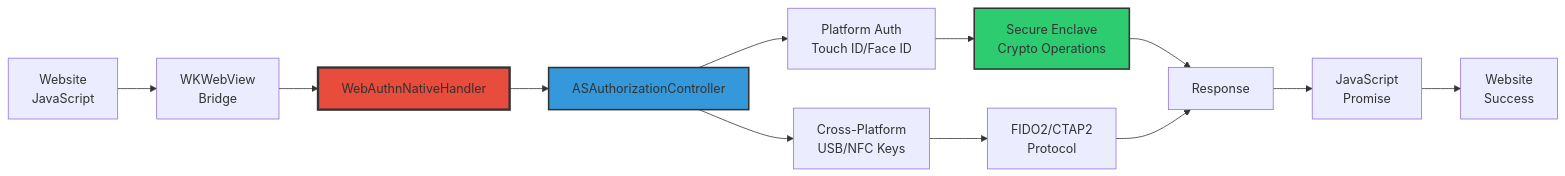
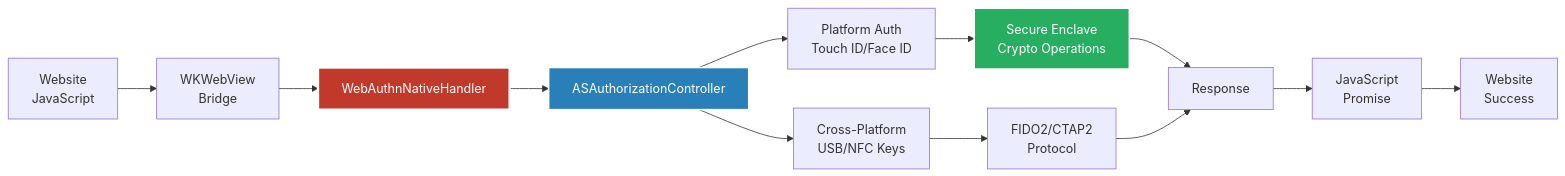
One commit to webauthnai/Web-Man changed the sixth of 7 diagrams in README.md. Above: the diagram before and after it, drawn with Mermaid. The commit also changed other lines of this file, not shown here.

````diff
--- a/README.md
+++ b/README.md
@@ -288,21 +288,21 @@
 ```mermaid
 graph LR
     A[Website<br/>JavaScript] --> B[WKWebView<br/>Bridge]
     B --> C[WebAuthnNativeHandler]
     C --> D[ASAuthorizationController]
     
     D --> E[Platform Auth<br/>Touch ID/Face ID]
     D --> F[Cross-Platform<br/>USB/NFC Keys]
     
     E --> G[Secure Enclave<br/>Crypto Operations]
     F --> H[FIDO2/CTAP2<br/>Protocol]
     
     G --> I[Response]
     H --> I
     I --> J[JavaScript<br/>Promise]
     J --> K[Website<br/>Success]
     
-    style C fill:#e74c3c,stroke:#333,stroke-width:3px
-    style D fill:#3498db,stroke:#333,stroke-width:2px
-    style G fill:#2ecc71,stroke:#333,stroke-width:2px
+    style C fill:#c0392b,stroke:#fff,stroke-width:3px,color:#fff
+    style D fill:#2980b9,stroke:#fff,stroke-width:2px,color:#fff
+    style G fill:#27ae60,stroke:#fff,stroke-width:2px,color:#fff
 ```
````
